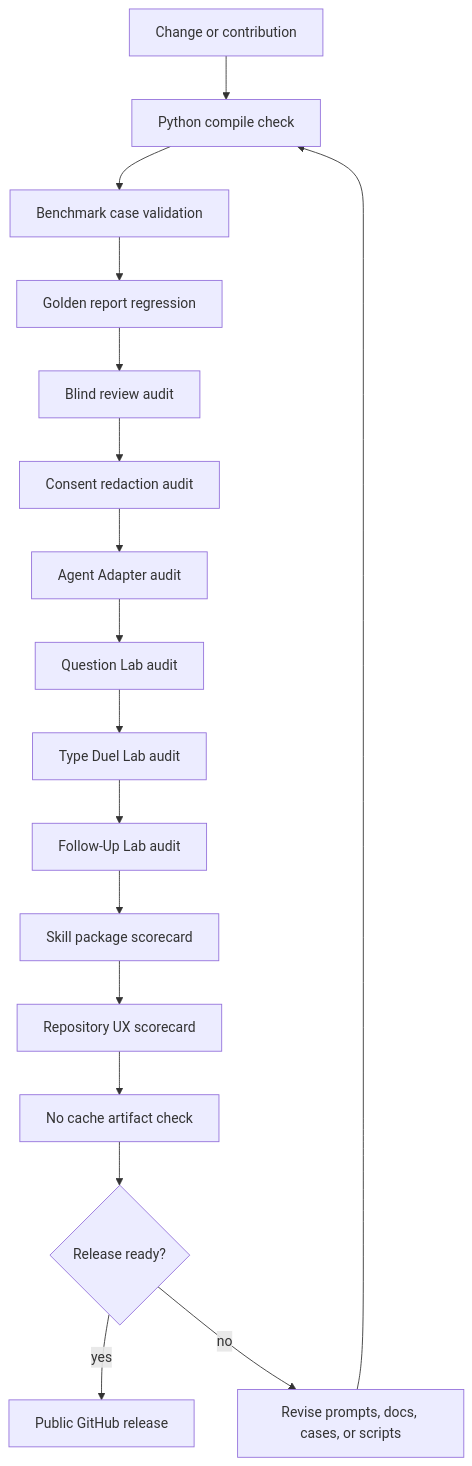
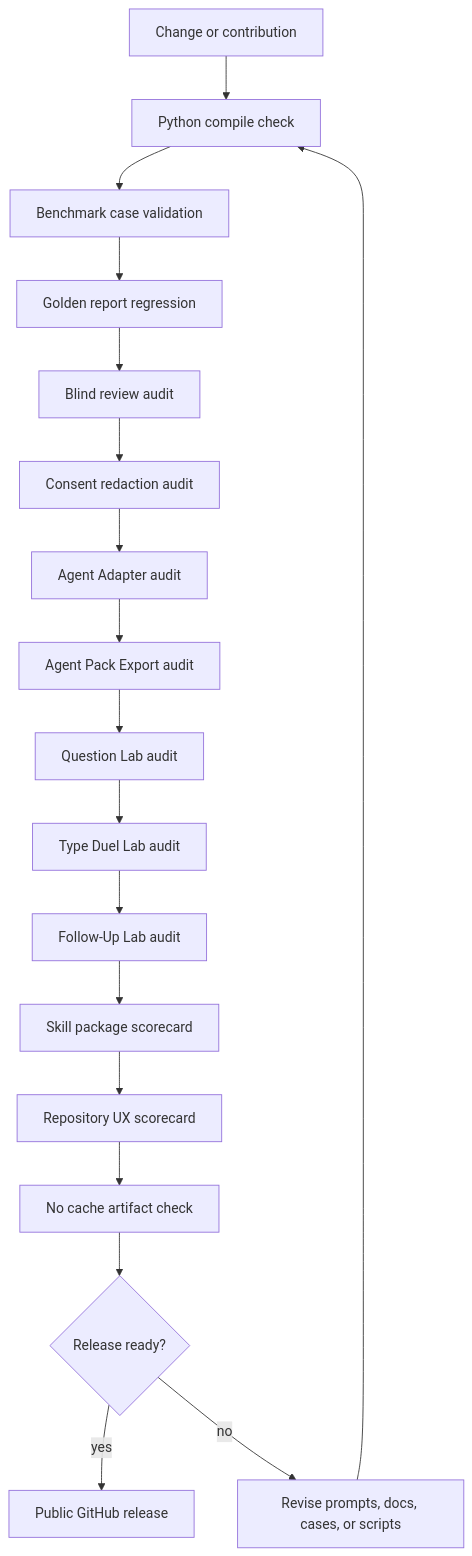
One commit to Zaoqu-Liu/mbti-typing-skill changed the fourth of 5 diagrams in README.md. Above: the diagram before and after it, drawn with Mermaid. The commit also changed other lines of this file and 18 other files, not shown here.

Commit message:
Add agent pack exporter

````diff
--- a/README.md
+++ b/README.md
@@ -418,19 +429,20 @@
 ```mermaid
 flowchart TD
     PR[Change or contribution] --> Compile[Python compile check]
     Compile --> Cases[Benchmark case validation]
     Cases --> Golden[Golden report regression]
     Golden --> Blind[Blind review audit]
     Blind --> Consent[Consent redaction audit]
     Consent --> Adapter[Agent Adapter audit]
-    Adapter --> QuestionLab[Question Lab audit]
+    Adapter --> Pack[Agent Pack Export audit]
+    Pack --> QuestionLab[Question Lab audit]
     QuestionLab --> TypeDuel[Type Duel Lab audit]
     TypeDuel --> FollowUp[Follow-Up Lab audit]
     FollowUp --> SkillScore[Skill package scorecard]
     SkillScore --> UXScore[Repository UX scorecard]
     UXScore --> Cache[No cache artifact check]
     Cache --> Release{Release ready?}
     Release -->|yes| Publish[Public GitHub release]
     Release -->|no| Fix[Revise prompts, docs, cases, or scripts]
     Fix --> Compile
 ```
````
